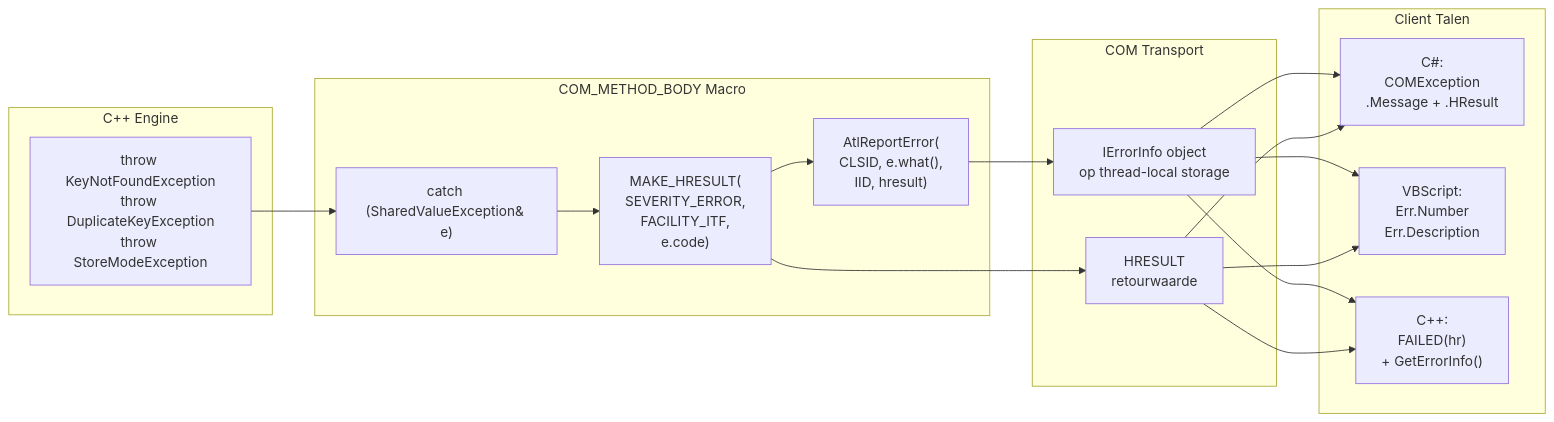
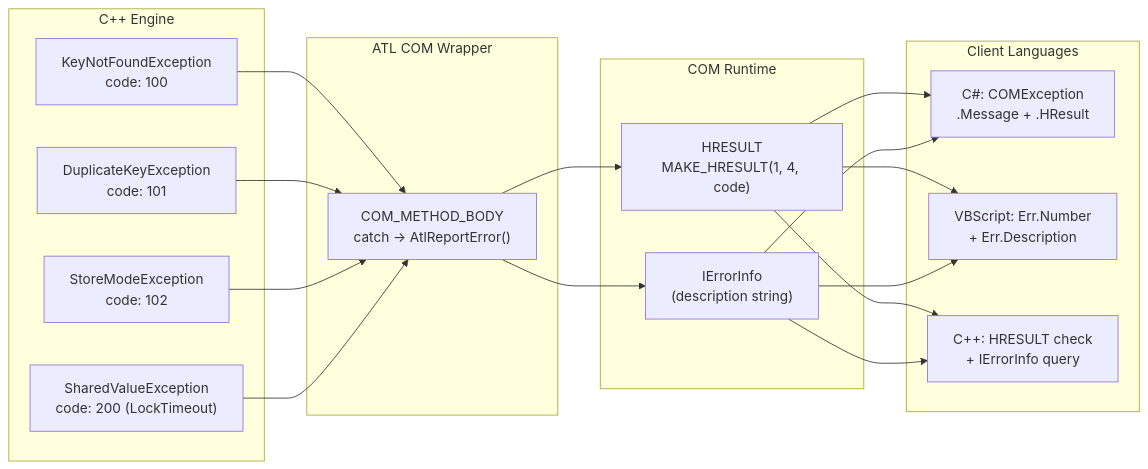
One commit to snodeplannen/sharedvar changed diagram 14 of 20 in ATLProjectcomserverExe/ARCHITECTURE.md. Above: the diagram before and after it, drawn with Mermaid. The commit also changed other lines of this file and 90 other files, not shown here.

````diff
--- a/ATLProjectcomserverExe/ARCHITECTURE.md
+++ b/ATLProjectcomserverExe/ARCHITECTURE.md
@@ -692,35 +599,37 @@
 ```mermaid
 graph LR
-    subgraph CPP["C++ Engine"]
-        EX["throw KeyNotFoundException<br/>throw DuplicateKeyException<br/>throw StoreModeException"]
+    subgraph Engine["C++ Engine"]
+        KNF["KeyNotFoundException<br/>code: 100"]
+        DKE["DuplicateKeyException<br/>code: 101"]
+        SME["StoreModeException<br/>code: 102"]
+        LTE["SharedValueException<br/>code: 200 (LockTimeout)"]
     end
 
-    subgraph MACRO["COM_METHOD_BODY Macro"]
-        CATCH["catch (SharedValueException& e)"]
-        HR["MAKE_HRESULT(<br/>SEVERITY_ERROR,<br/>FACILITY_ITF,<br/>e.code)"]
-        EI["AtlReportError(<br/>CLSID, e.what(),<br/>IID, hresult)"]
+    subgraph ATL["ATL COM Wrapper"]
+        CMB["COM_METHOD_BODY<br/>catch → AtlReportError()"]
     end
 
-    subgraph COM["COM Transport"]
-        IERR["IErrorInfo object<br/>op thread-local storage"]
-        HRVAL["HRESULT<br/>retourwaarde"]
+    subgraph COM["COM Runtime"]
+        HR["HRESULT<br/>MAKE_HRESULT(1, 4, code)"]
+        EI["IErrorInfo<br/>(description string)"]
     end
 
-    subgraph Clients["Client Talen"]
-        CSHARP["C#:<br/>COMException<br/>.Message + .HResult"]
-        VBS_E["VBScript:<br/>Err.Number<br/>Err.Description"]
-        CPP_E["C++:<br/>FAILED(hr)<br/>+ GetErrorInfo()"]
+    subgraph Clients["Client Languages"]
+        CSHARP["C#: COMException<br/>.Message + .HResult"]
+        VBS_ERR["VBScript: Err.Number<br/>+ Err.Description"]
+        CPP_HR["C++: HRESULT check<br/>+ IErrorInfo query"]
     end
 
-    EX --> CATCH
-    CATCH --> HR
-    HR --> EI
-    EI --> IERR
-    HR --> HRVAL
-    IERR --> CSHARP
-    IERR --> VBS_E
-    IERR --> CPP_E
-    HRVAL --> CSHARP
-    HRVAL --> VBS_E
-    HRVAL --> CPP_E
+    KNF --> CMB
+    DKE --> CMB
+    SME --> CMB
+    LTE --> CMB
+    CMB --> HR
+    CMB --> EI
+    HR --> CSHARP
+    HR --> VBS_ERR
+    HR --> CPP_HR
+    EI --> CSHARP
+    EI --> VBS_ERR
+    EI --> CPP_HR
 ```
````
